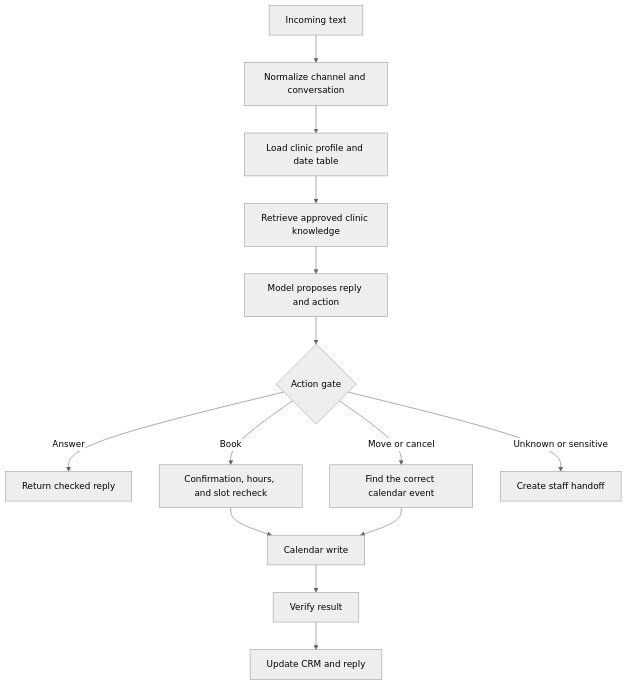
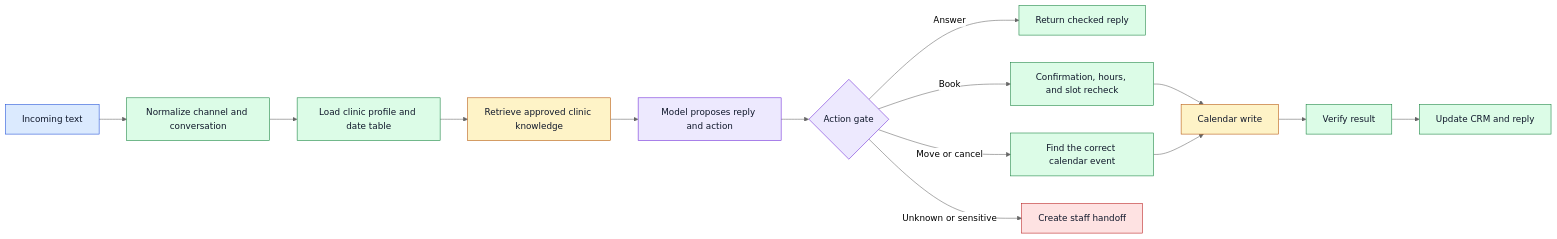
Before and after one commit to a3s5jj/clinic-ai-frontdesk-case-study: the diagram in README.md, drawn with Mermaid (neutral theme).

Commit message:
Improve README flow diagram accuracy and legibility
Correct the architecture the diagram describes, and add a shared semantic
palette that specifies fill, stroke and text color together so labels stay
readable in both GitHub light and dark themes.

````diff
--- a/README.md
+++ b/README.md
@@ -26,16 +26,27 @@
 ```mermaid
-flowchart TD
+flowchart LR
   A[Incoming text] --> B[Normalize channel and conversation]
   B --> C[Load clinic profile and date table]
   C --> D[Retrieve approved clinic knowledge]
   D --> E[Model proposes reply and action]
   E --> F{Action gate}
   F -->|Answer| G[Return checked reply]
   F -->|Book| H[Confirmation, hours, and slot recheck]
   F -->|Move or cancel| I[Find the correct calendar event]
   F -->|Unknown or sensitive| J[Create staff handoff]
   H --> K[Calendar write]
   I --> K
   K --> L[Verify result]
   L --> M[Update CRM and reply]
+
+  classDef entry fill:#dbeafe,stroke:#1d4ed8,color:#0f172a
+  classDef ai fill:#ede9fe,stroke:#6d28d9,color:#0f172a
+  classDef logic fill:#dcfce7,stroke:#15803d,color:#0f172a
+  classDef ext fill:#fef3c7,stroke:#b45309,color:#0f172a
+  classDef stop fill:#fee2e2,stroke:#b91c1c,color:#0f172a
+  class A entry
+  class E,F ai
+  class B,C,G,H,I,L,M logic
+  class D,K ext
+  class J stop
 ```
````
